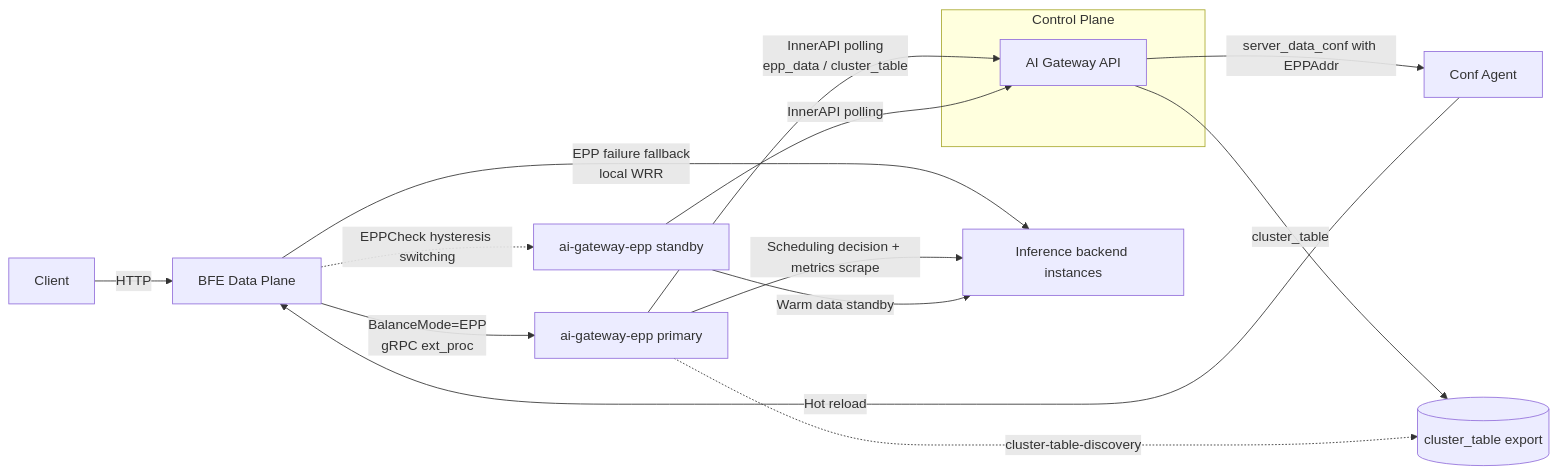
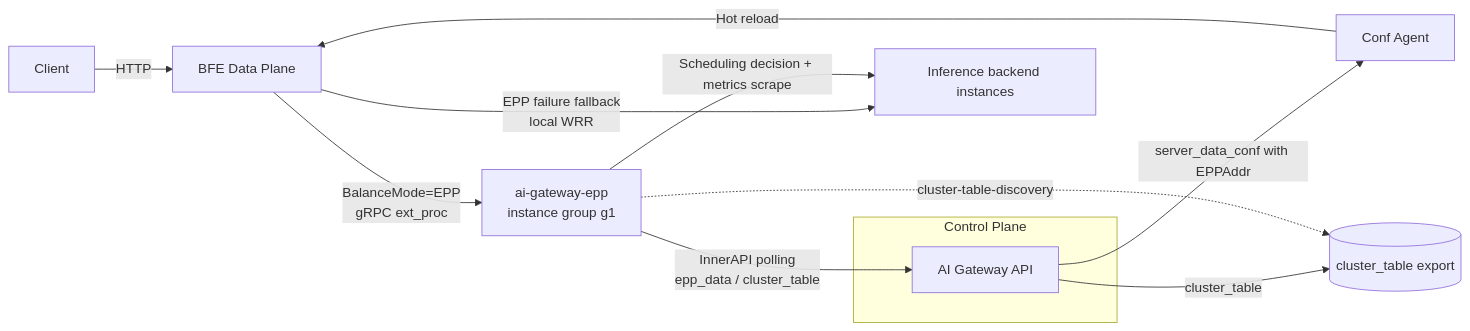
One commit to mileszhang2016/rainway-book changed the first of 2 diagrams in en_us/design/chapter16-epp-scheduling-design.md. Above: the diagram before and after it, drawn with Mermaid. The commit also changed other lines of this file and 78 other files, not shown here.

Commit message:
docs: 全书对齐 v0.8.0 最新组件版本（Dashboard v0.0.11、新增 ai-gateway-controller v1.1.0；补充角色体系、批量任务、批量限流、EPP 运行时参数、K8s 池发现与错误契约等）（中英双语）

````diff
--- a/en_us/design/chapter16-epp-scheduling-design.md
+++ b/en_us/design/chapter16-epp-scheduling-design.md
@@ -54,19 +54,16 @@
 ```mermaid
 flowchart LR
     C[Client] -->|HTTP| B[BFE Data Plane]
-    B -->|BalanceMode=EPP<br/>gRPC ext_proc| E0[ai-gateway-epp primary]
-    B -.->|EPPCheck hysteresis switching| E1[ai-gateway-epp standby]
+    B -->|BalanceMode=EPP<br/>gRPC ext_proc| E0[ai-gateway-epp<br/>instance group g1]
     B -->|EPP failure fallback<br/>local WRR| R[Inference backend instances]
     E0 -->|Scheduling decision + metrics scrape| R
-    E1 -->|Warm data standby| R
 
     subgraph Control Plane
         A[AI Gateway API]
     end
     E0 -->|InnerAPI polling<br/>epp_data / cluster_table| A
-    E1 -->|InnerAPI polling| A
     A -->|server_data_conf with EPPAddr| CA[Conf Agent]
     CA -->|Hot reload| B
     A -->|cluster_table| CT[(cluster_table export)]
     E0 -.->|cluster-table-discovery| CT
 ```
````
